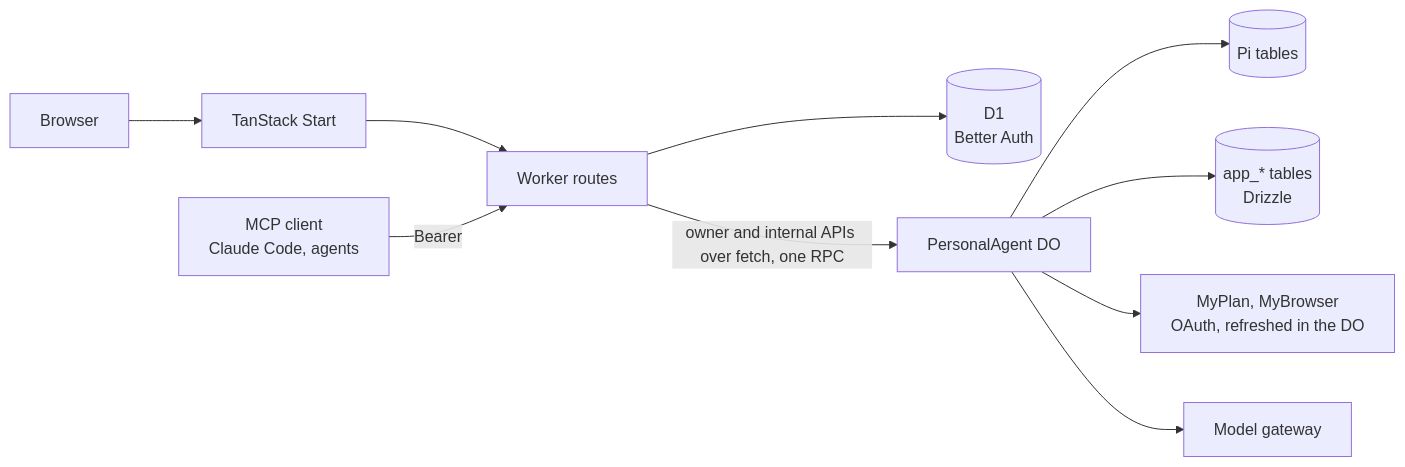
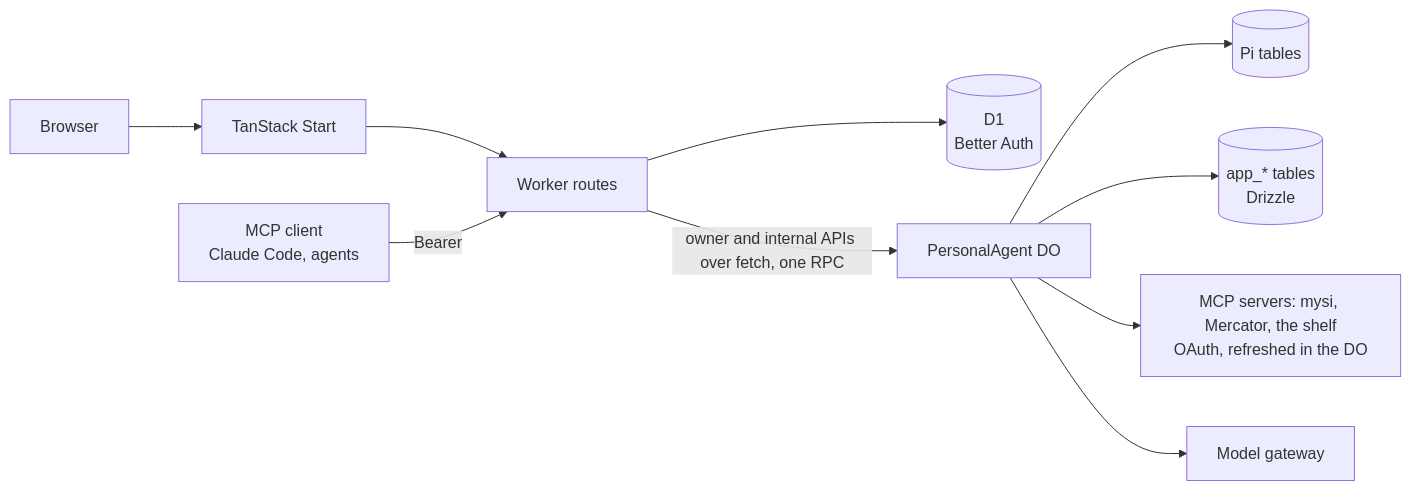
Before and after one commit to grmkris/goblin-public: the diagram in docs/architecture.md, drawn with Mermaid. The commit also changed other lines of this file and 3 other files, not shown here.

First line of the commit message:
docs: ADR 0052 records one mysi connection, the shelf's groups and prefixed names; the guides follow

````diff
--- a/docs/architecture.md
+++ b/docs/architecture.md
@@ -8,12 +8,12 @@
 ```mermaid
 flowchart LR
   Browser --> Web[TanStack Start]
   Web --> Worker[Worker routes]
   Client[MCP client\nClaude Code, agents] -->|Bearer| Worker
   Worker --> Auth[(D1\nBetter Auth)]
   Worker -->|owner and internal APIs over fetch, one RPC| Agent[PersonalAgent DO]
   Agent --> Pi[(Pi tables)]
   Agent --> App[(app_* tables\nDrizzle)]
-  Agent --> MCP[MyPlan, MyBrowser\nOAuth, refreshed in the DO]
+  Agent --> MCP[MCP servers: mysi, Mercator, the shelf\nOAuth, refreshed in the DO]
   Agent --> Model[Model gateway]
 ```
````
